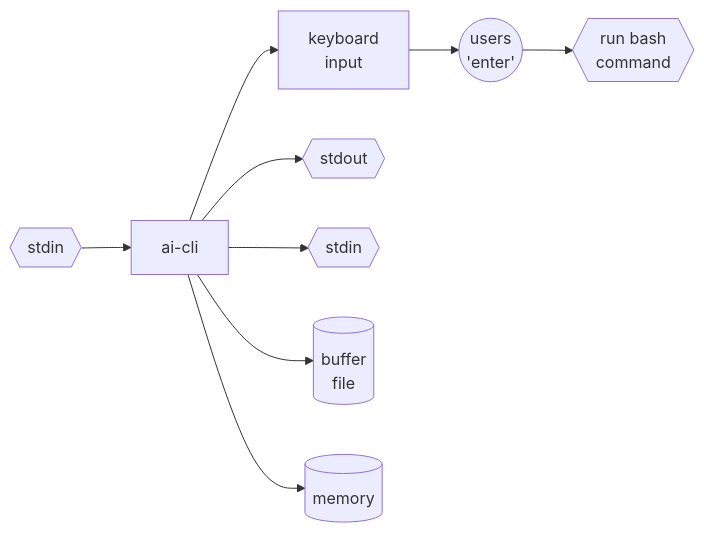
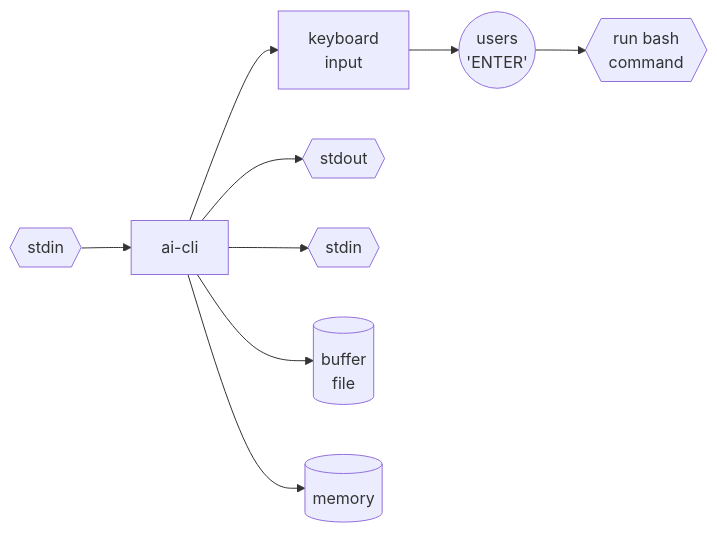
One commit to johnthesmith/ai-cli changed the first of 2 diagrams in README.md. Above: the diagram before and after it, drawn with Mermaid.

Commit message:
Auto commit

````diff
--- a/README.md
+++ b/README.md
@@ -30,15 +30,15 @@
 ```mermaid
 flowchart LR    
     keyboard[ keyboard \n input ]
     stdout{{stdout}}
     stdin{{stdin}}
     clipboard{{stdin}}
     buffer[(buffer \n file)] 
     memory[(memory)]
     ai[ai-cli] 
     bash{{run bash \n command}}
+    user((users \n 'ENTER'))
 
-    user((users \n 'enter'))
     keyboard --> user --> bash
     stdin --> ai --> keyboard & stdout & memory & buffer & clipboard
 ```
````
